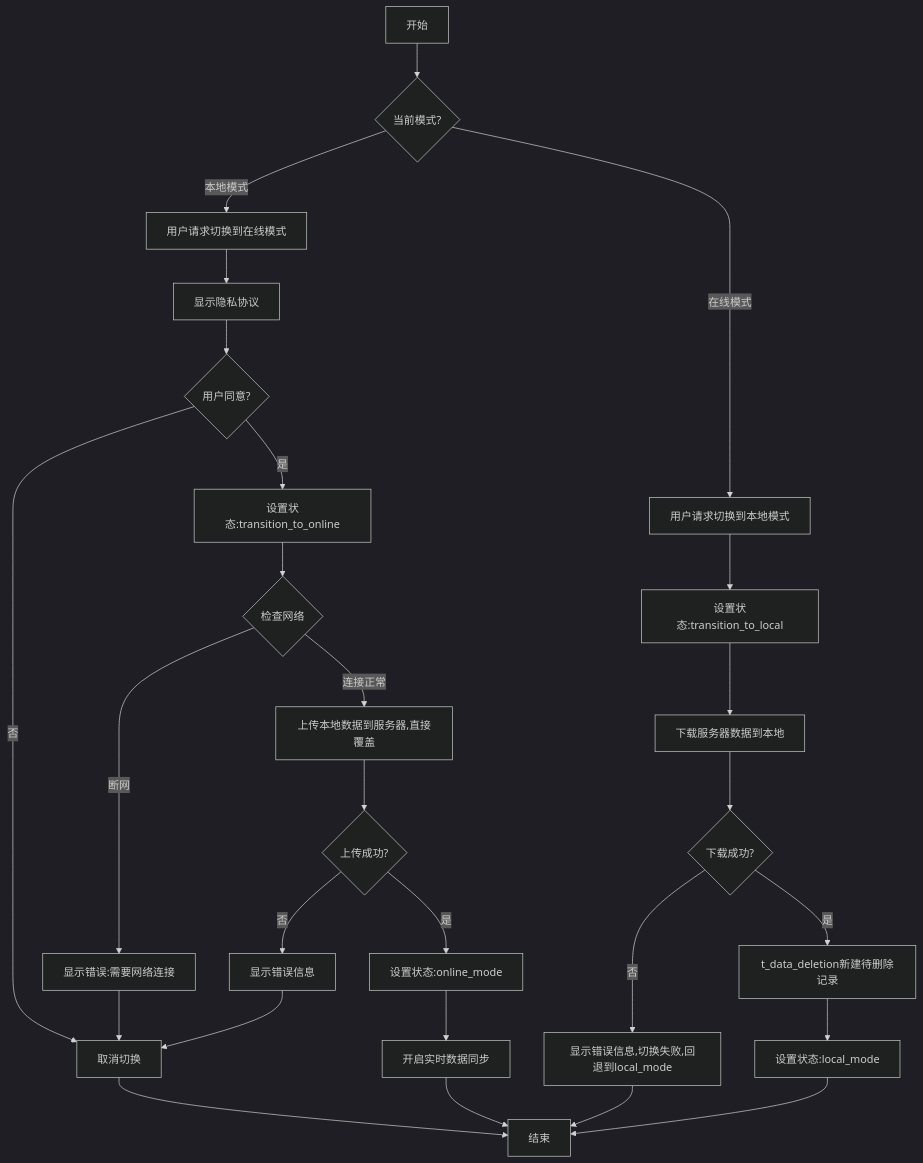
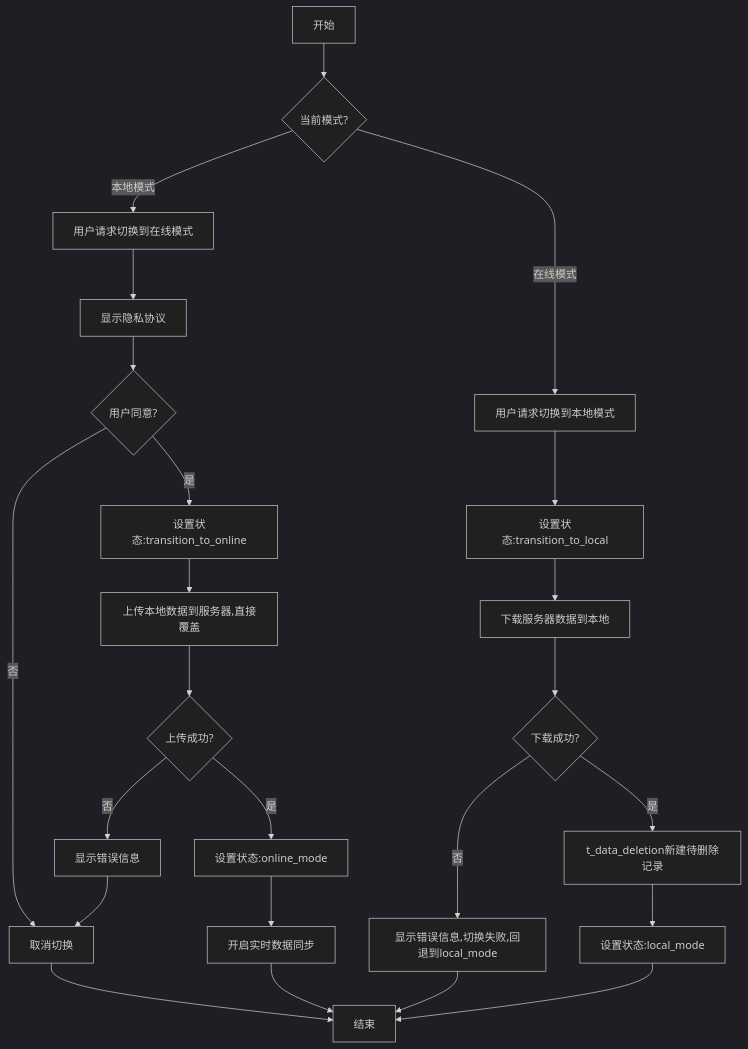
One commit to yingjianzh/iodraw-files changed the diagram in all/未命名-56.md. Above: the diagram before and after it, drawn with Mermaid (dark theme).

Commit message:
2025-05-12 10:03:49 update

````diff
--- a/all/未命名-56.md
+++ b/all/未命名-56.md
@@ -1,36 +1,33 @@
 ```mermaid
 
 
 flowchart TD
     A[开始] --> B{当前模式?}
     
     B -->|本地模式| C[用户请求切换到在线模式]
     C --> F[显示隐私协议]
     F --> G{用户同意?}
     G -->|否| H[取消切换]
     H --> Z[结束]
     G -->|是| I[设置状态:transition_to_online]
-    I --> J{检查网络}
-    J -->|断网| K[显示错误:需要网络连接]
-    K --> H
-    J -->|连接正常| O[上传本地数据到服务器,直接覆盖]
+    I --> O[上传本地数据到服务器,直接覆盖]
     O --> P{上传成功?}
     P -->|否| Q[显示错误信息]
     Q --> H
     P -->|是| R[设置状态:online_mode]
     R --> S[开启实时数据同步]
     S --> Z
     
     B -->|在线模式| T[用户请求切换到本地模式]
     T --> U[设置状态:transition_to_local]
     U --> X[下载服务器数据到本地]
     X --> Y{下载成功?}
     Y -->|否| AA2[显示错误信息,切换失败,回退到local_mode]
     AA2 --> Z
     Y -->|是| AB2[t_data_deletion新建待删除记录]
 
 
     AB2 -->AE[设置状态:local_mode]
     AE --> Z
 
 ```
````
